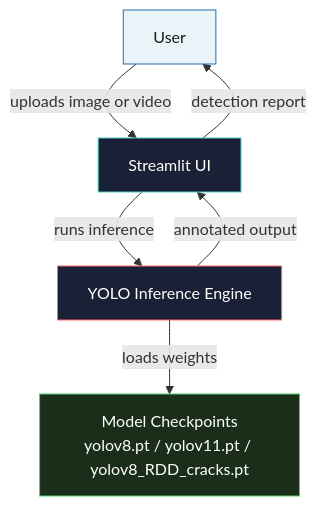
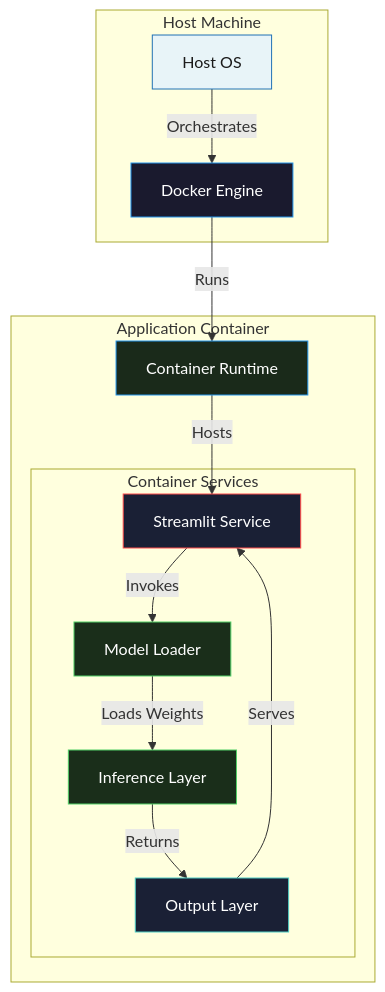
The fifth of 6 diagrams in README.md (VamshiKrishnaMacha/road-safety-ai), drawn with Mermaid before and after one commit. The commit also changed other lines of this file and 2 other files, not shown here.

````diff
--- a/README.md
+++ b/README.md
@@ -105,18 +353,33 @@
 ```mermaid
 graph TD
-    User["User"]
-    UI["Streamlit UI"]
-    Engine["YOLO Inference Engine"]
-    Models["Model Checkpoints<br/>yolov8.pt / yolov11.pt / yolov8_RDD_cracks.pt"]
+    subgraph Host["Host Machine"]
+        HM["Host OS"]
+        DE["Docker Engine"]
+    end
 
-    User -->|uploads image or video| UI
-    UI -->|runs inference| Engine
-    Engine -->|loads weights| Models
-    Engine -->|annotated output| UI
-    UI -->|detection report| User
+    subgraph Container["Application Container"]
+        AC["Container Runtime"]
+        subgraph Services["Container Services"]
+            SS["Streamlit Service"]
+            ML["Model Loader"]
+            IL["Inference Layer"]
+            OL["Output Layer"]
+        end
+    end
 
-    style User fill:#e8f4f8,stroke:#2171b5,color:#1a1a1a
-    style UI fill:#1a2035,stroke:#4ecdc4,color:#ffffff
-    style Engine fill:#1a2035,stroke:#ff6b6b,color:#ffffff
-    style Models fill:#1a2e1a,stroke:#51cf66,color:#ffffff
+    HM -->|Orchestrates| DE
+    DE -->|Runs| AC
+    AC -->|Hosts| SS
+    SS -->|Invokes| ML
+    ML -->|Loads Weights| IL
+    IL -->|Returns| OL
+    OL -->|Serves| SS
+
+    style HM fill:#e8f4f8,stroke:#2171b5,color:#1a1a1a
+    style DE fill:#1a1a2e,stroke:#2496ED,color:#ffffff
+    style AC fill:#1a2a1a,stroke:#2496ED,color:#ffffff
+    style SS fill:#1a2035,stroke:#FF4B4B,color:#ffffff
+    style ML fill:#1a2e1a,stroke:#51cf66,color:#ffffff
+    style IL fill:#1a2e1a,stroke:#51cf66,color:#ffffff
+    style OL fill:#1a2035,stroke:#4ecdc4,color:#ffffff
 ```
````
